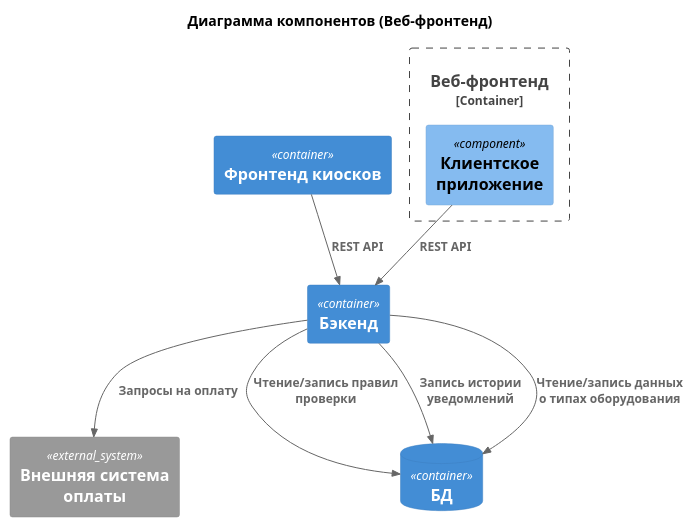
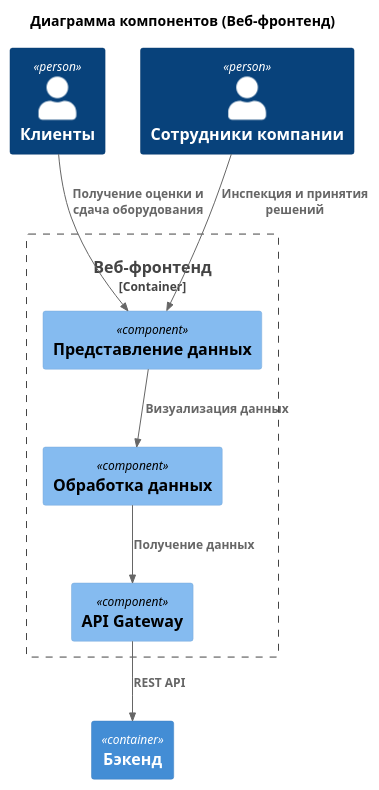
One commit to embersage/HSE-Software-Architecture changed the diagram in Lab Work №2/docs/components-frontend.plantuml. Above: the diagram before and after it, drawn with PlantUML.

Commit message:
LabWork2 Доделал диаграмму компонентов для фронтенда

```diff
--- a/Lab Work №2/docs/components-frontend.plantuml
+++ b/Lab Work №2/docs/components-frontend.plantuml
@@ -1,25 +1,24 @@
 @startuml ComponentDiagram
 
 !include  https://raw.githubusercontent.com/plantuml-stdlib/C4-PlantUML/master/C4_Container.puml
 !include https://raw.githubusercontent.com/plantuml-stdlib/C4-PlantUML/master/C4_Component.puml
 
 title Диаграмма компонентов (Веб-фронтенд)
 
+Person(client, "Клиенты")
+Person(employee , "Сотрудники компании")
 Container_Boundary(WebFrontend, "Веб-фронтенд") {
-    Component(UI, "Клиентское приложение")
+    Component(UI, "Представление данных")
+    Component(APIGateway, "API Gateway")
+    Component(Data, "Обработка данных")
 }
 
-System_Ext(PaymentGateway, "Внешняя система оплаты")
+Container(Backend, "Бэкенд")
 
-Container(Backend, "Бэкенд")
-Container(KioskFrontend, "Фронтенд киосков")
-ContainerDb(Database, "БД")
-
-Rel(UI, Backend, "REST API")
-Rel(KioskFrontend, Backend, "REST API")
-Rel(Backend, Database, "Чтение/запись правил проверки")
-Rel(Backend, Database, "Запись истории уведомлений")
-Rel(Backend, Database, "Чтение/запись данных о типах оборудования")
-Rel(Backend, PaymentGateway, "Запросы на оплату")
+Rel(client, UI, "Получение оценки и сдача оборудования")
+Rel(employee, UI, "Инспекция и принятия решений")
+Rel(APIGateway, Backend, "REST API")
+Rel(Data, APIGateway, "Получение данных")
+Rel(UI, Data, "Визуализация данных")
 
 @enduml
```
